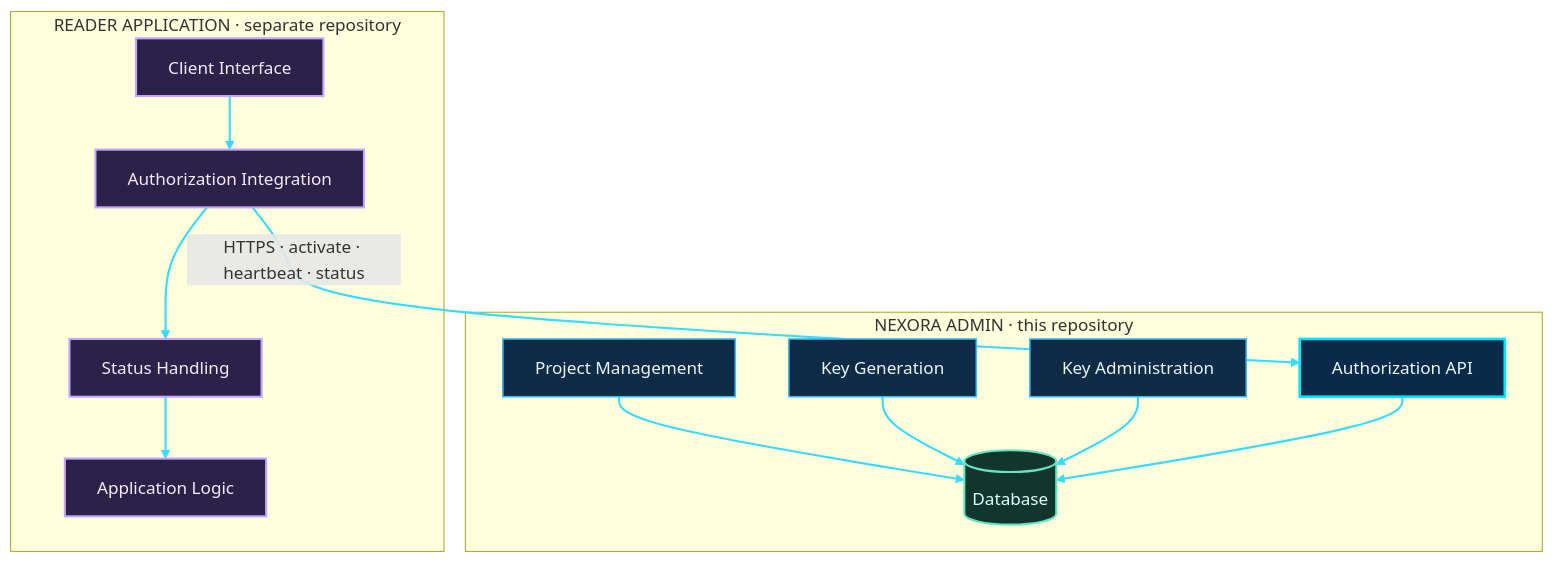
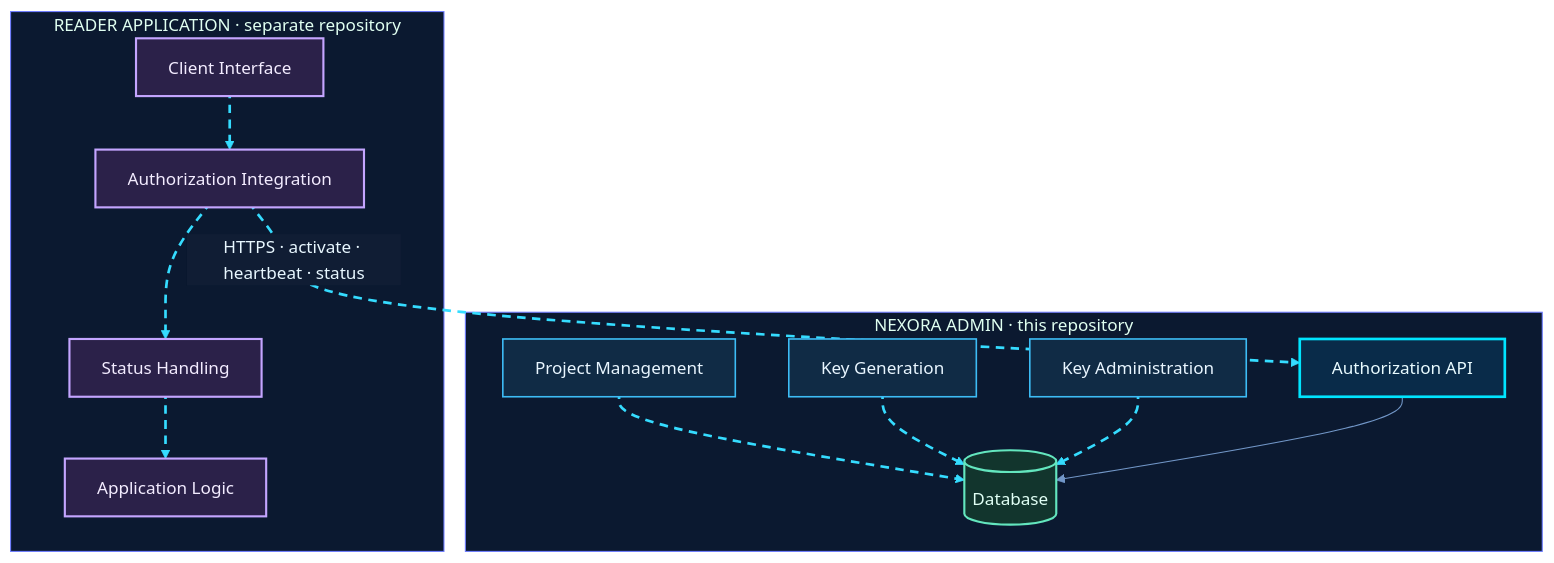
Before and after one commit to shajeduzzamanenan992008inc/NexOra-Database-key-Gen: the second of 23 diagrams in README.md, drawn with Mermaid. The commit also changed other lines of this file, not shown here.

````diff
--- a/README.md
+++ b/README.md
@@ -443,41 +446,44 @@
 ```mermaid
+%%{init: {"theme":"base","themeVariables":{"darkMode":true,"background":"#07111f","primaryColor":"#102744","primaryTextColor":"#e8f7ff","primaryBorderColor":"#00d9ff","lineColor":"#7297c8","secondaryColor":"#261d45","secondaryTextColor":"#f3eaff","secondaryBorderColor":"#a78bfa","tertiaryColor":"#12332b","tertiaryTextColor":"#e0fff1","tertiaryBorderColor":"#41e6a2","fontFamily":"Inter, Segoe UI, sans-serif","edgeLabelBackground":"#101d34","mainBkg":"#102744","nodeBorder":"#00d9ff","clusterBkg":"#0b1930","clusterBorder":"#6f7dff","actorBkg":"#102744","actorBorder":"#00d9ff","actorTextColor":"#e8f7ff","signalColor":"#64d8ff","signalTextColor":"#e8f7ff","noteBkgColor":"#0e332b","noteBorderColor":"#41e6a2","noteTextColor":"#e0fff1"}}}%%
 flowchart TB
     subgraph ADMIN["NEXORA ADMIN · this repository"]
         A1["Project Management"]
         A2["Key Generation"]
         A3["Key Administration"]
         A4[("Database")]
         A5["Authorization API"]
     end
     subgraph READER["READER APPLICATION · separate repository"]
         R1["Client Interface"]
         R2["Authorization Integration"]
         R3["Status Handling"]
         R4["Application Logic"]
     end
-    A1 --> A4
-    A2 --> A4
-    A3 --> A4
+    A1 nx02e01@--> A4
+    A2 nx02e02@--> A4
+    A3 nx02e03@--> A4
     A5 --> A4
-    R2 -->|"HTTPS · activate · heartbeat · status"| A5
-    R1 --> R2
-    R2 --> R3
-    R3 --> R4
+    R2 nx02e05@-->|"HTTPS · activate · heartbeat · status"| A5
+    R1 nx02e04@--> R2
+    R2 nx02e06@--> R3
+    R3 nx02e07@--> R4
 
     %% OMEGA NEX-ORA visual classes
     %% OMEGA NEX-ORA / ULTRA NEON PALETTE
     classDef nxCore fill:#092b49,stroke:#00e5ff,stroke-width:2.5px,color:#e9fbff;
     classDef nxProcess fill:#102b45,stroke:#3dbcf5,stroke-width:1.5px,color:#e9f6ff;
     classDef nxDecision fill:#2b2050,stroke:#b38cff,stroke-width:2px,color:#f3edff;
     classDef nxSuccess fill:#0d3b2c,stroke:#3fffa0,stroke-width:2px,color:#e0fff0;
     classDef nxDanger fill:#451d30,stroke:#ff6688,stroke-width:2px,color:#fff0f3;
     classDef nxData fill:#12352d,stroke:#63e6be,stroke-width:2px,color:#e1fff5;
     classDef nxExternal fill:#2b2149,stroke:#c4a5ff,stroke-width:2px,color:#f3ecff;
     classDef nxInfo fill:#17253e,stroke:#91a7c9,stroke-width:1.5px,color:#e5efff;
     classDef nxWarning fill:#453116,stroke:#fbbf24,stroke-width:2px,color:#fff6d6;
+    %% Moving dashed route: Mermaid applies this class to explicitly identified edges.
+    classDef nxAnimated stroke:#35dcff,stroke-width:2.5px,stroke-dasharray:8\,6,stroke-dashoffset:1000,animation:dash 24s linear infinite;
     class A1,A2,A3 nxProcess;
     class A4 nxData;
     class A5 nxCore;
     class R1,R2,R3,R4 nxExternal;
-    linkStyle default stroke:#35dcff,stroke-width:2px;
+    class nx02e01,nx02e02,nx02e03,nx02e04,nx02e05,nx02e06,nx02e07 nxAnimated;
 ```
````
